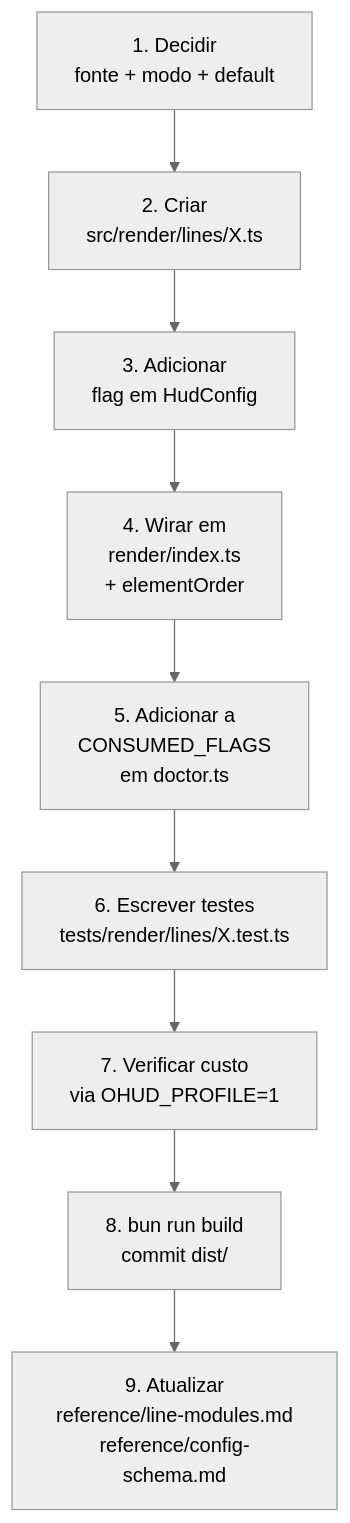
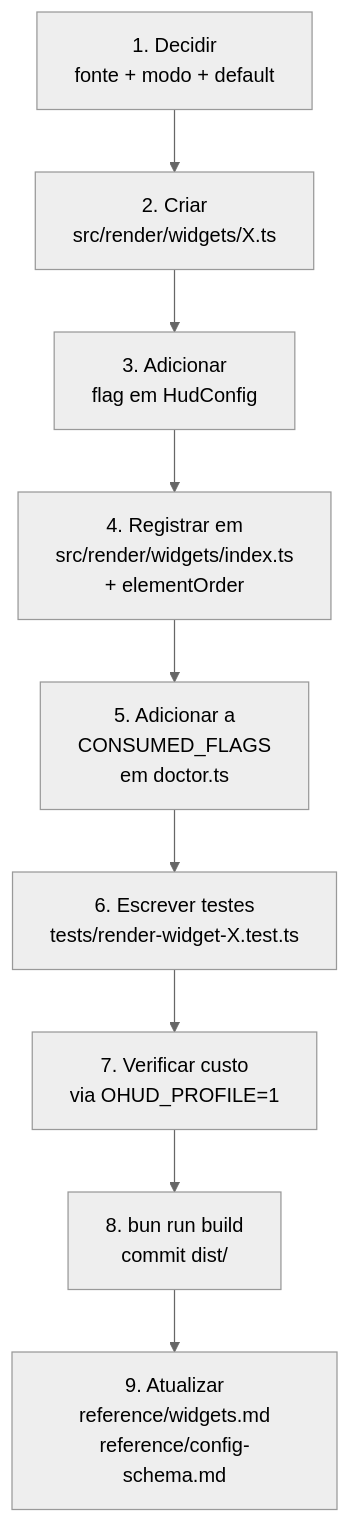
One commit to nicolaslima/ohud changed the diagram in docs/how-to/add-a-new-line-module.md. Above: the diagram before and after it, drawn with Mermaid (neutral theme). The commit also changed other lines of this file and 49 other files, not shown here.

````diff
--- a/docs/how-to/add-a-new-line-module.md
+++ b/docs/how-to/add-a-new-line-module.md
@@ -191,13 +209,13 @@
 ```mermaid
 flowchart TD
     s1[1. Decidir<br/>fonte + modo + default]
-    s2[2. Criar<br/>src/render/lines/X.ts]
+    s2[2. Criar<br/>src/render/widgets/X.ts]
     s3[3. Adicionar<br/>flag em HudConfig]
-    s4[4. Wirar em<br/>render/index.ts<br/>+ elementOrder]
+    s4[4. Registrar em<br/>src/render/widgets/index.ts<br/>+ elementOrder]
     s5[5. Adicionar a<br/>CONSUMED_FLAGS<br/>em doctor.ts]
-    s6[6. Escrever testes<br/>tests/render/lines/X.test.ts]
+    s6[6. Escrever testes<br/>tests/render-widget-X.test.ts]
     s7[7. Verificar custo<br/>via OHUD_PROFILE=1]
     s8[8. bun run build<br/>commit dist/]
-    s9[9. Atualizar<br/>reference/line-modules.md<br/>reference/config-schema.md]
+    s9[9. Atualizar<br/>reference/widgets.md<br/>reference/config-schema.md]
     s1 --> s2 --> s3 --> s4 --> s5 --> s6 --> s7 --> s8 --> s9
 ```
````
